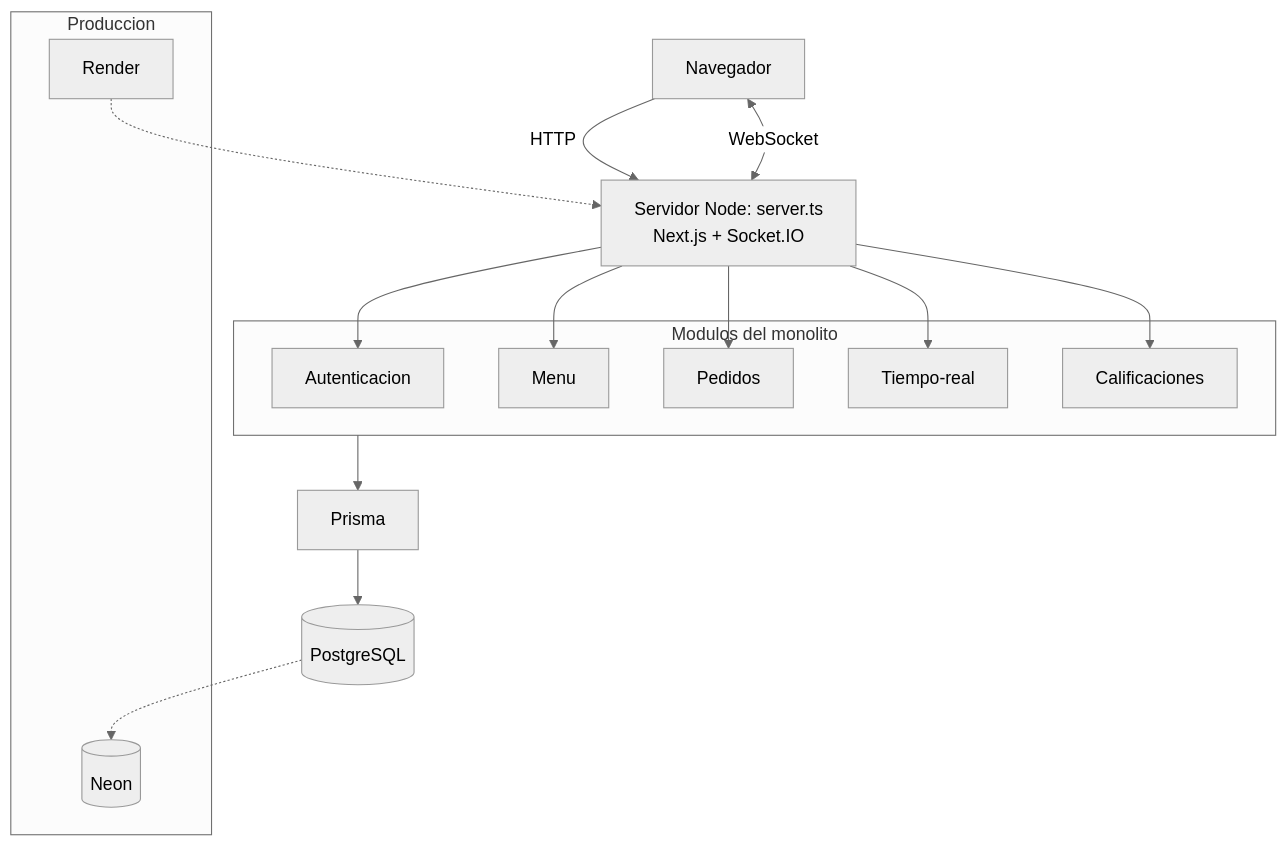
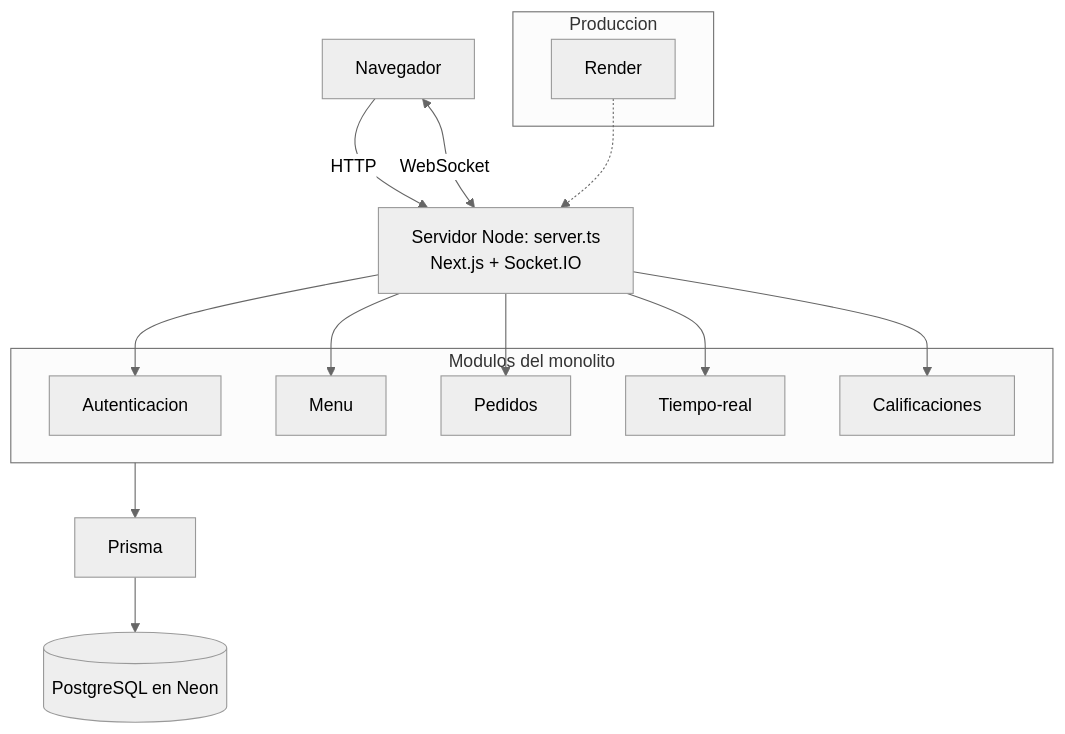
One commit to abi-cvc/Orderix changed the diagram in docs/arquitectura.md. Above: the diagram before and after it, drawn with Mermaid (neutral theme). The commit also changed other lines of this file and 2 other files, not shown here.

Commit message:
docs: completa requisitos y referencias de diagramas

````diff
--- a/docs/arquitectura.md
+++ b/docs/arquitectura.md
@@ -3,32 +3,30 @@
 ```mermaid
 flowchart TB
     N[Navegador]
     S[Servidor Node: server.ts<br/>Next.js + Socket.IO]
 
     N -->|HTTP| S
     N <-->|WebSocket| S
 
     subgraph MOD[Modulos del monolito]
         AUTH[Autenticacion]
         MENU[Menu]
         PED[Pedidos]
         RT[Tiempo-real]
         CAL[Calificaciones]
     end
 
     S --> AUTH
     S --> MENU
     S --> PED
     S --> RT
     S --> CAL
     MOD --> PRISMA[Prisma]
-    PRISMA --> DB[(PostgreSQL)]
+    PRISMA --> DB[(PostgreSQL en Neon)]
 
     subgraph PROD[Produccion]
         R[Render]
-        NEON[(Neon)]
     end
 
     R -.-> S
-    DB -.-> NEON
 ```
````
